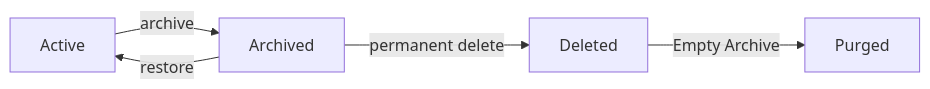
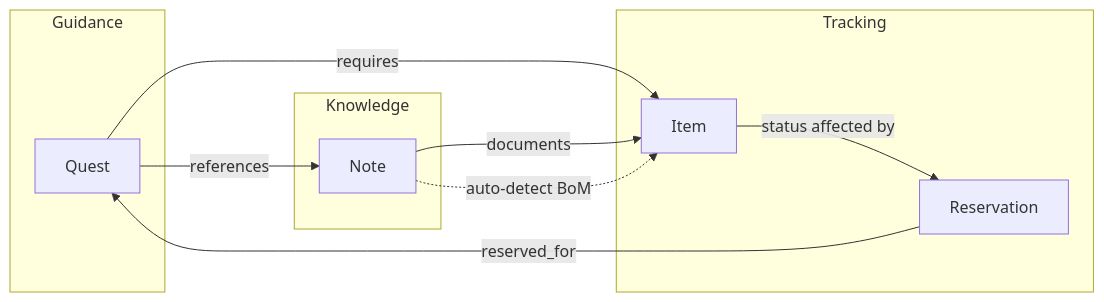
The fifth of 5 diagrams in docs/domain-model.md (getaltair/altair), drawn with Mermaid before and after one commit. The commit also changed other lines of this file and 11 other files, not shown here.

````diff
--- a/docs/domain-model.md
+++ b/docs/domain-model.md
@@ -427,7 +657,22 @@
 ```mermaid
 flowchart LR
-    A[Active] -->|"archive"| B[Archived]
-    B -->|"restore"| A
-    B -->|"permanent delete"| C[Deleted]
-    C -->|"Empty Archive"| D[Purged]
+    subgraph Guidance
+        Q[Quest]
+    end
+    
+    subgraph Knowledge
+        N[Note]
+    end
+    
+    subgraph Tracking
+        I[Item]
+        R[Reservation]
+    end
+    
+    Q -->|"references"| N
+    Q -->|"requires"| I
+    N -->|"documents"| I
+    N -.->|"auto-detect BoM"| I
+    R -->|"reserved_for"| Q
+    I -->|"status affected by"| R
 ```
````
